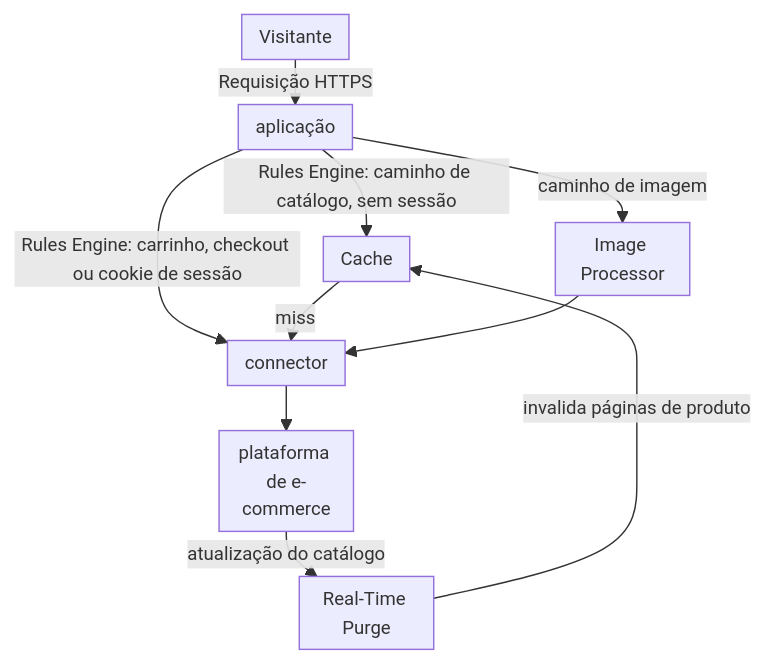
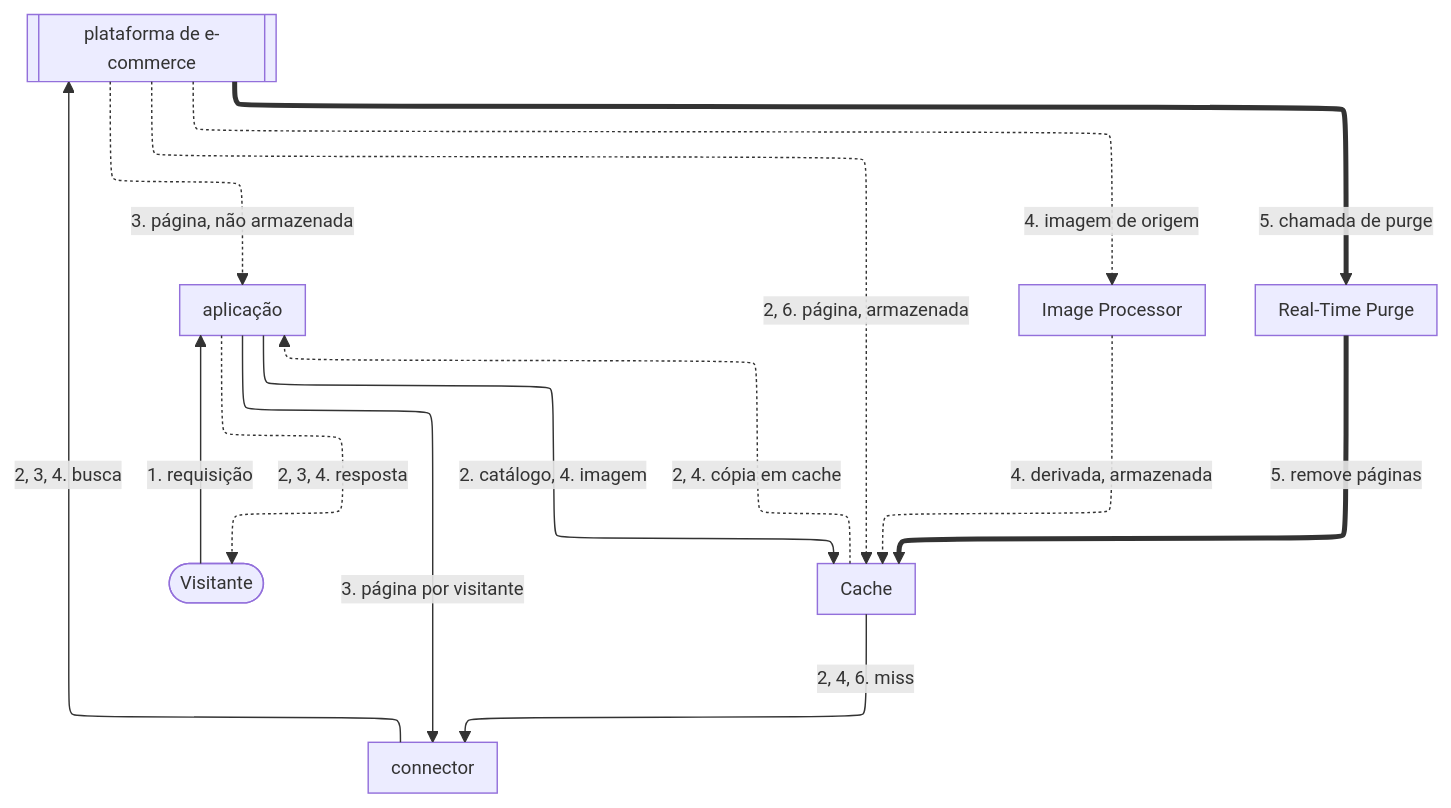
One commit to aziontech/docs changed the first of 3 diagrams in apps/docs/src/content/docs/pt-br/pages/casos-de-uso/construir-e-executar-aplicacoes/criar-vitrines-de-e-commerce.mdx. Above: the diagram before and after it, drawn with Mermaid. The commit also changed other lines of this file and 55 other files, not shown here.

Commit message:
docs(use-cases): redraw the use-case diagrams with the way back and check their claims (#2509)

````diff
--- a/apps/docs/src/content/docs/pt-br/pages/casos-de-uso/construir-e-executar-aplicacoes/criar-vitrines-de-e-commerce.mdx
+++ b/apps/docs/src/content/docs/pt-br/pages/casos-de-uso/construir-e-executar-aplicacoes/criar-vitrines-de-e-commerce.mdx
@@ -40,13 +42,24 @@
 ```mermaid
-%%{init: {"layout": "dagre", "themeVariables": {"fontSize": "13px"}, "flowchart": {"nodeSpacing": 12, "rankSpacing": 12, "padding": 6, "wrappingWidth": 70, "minNodeWidth": 40, "useMaxWidth": true}}}%%
+%%{init: {"layout": "elk", "themeVariables": {"fontSize": "13px"}, "flowchart": {"nodeSpacing": 24, "rankSpacing": 36, "padding": 8, "wrappingWidth": 150, "useMaxWidth": true}, "sequence": {"width": 120, "actorMargin": 30, "useMaxWidth": true}}}%%
 flowchart TD
-  Visitor["Visitante"] -->|"Requisição HTTPS"| App["aplicação"]
-  App -->|"Rules Engine: caminho de catálogo, sem sessão"| Cache["Cache"]
-  App -->|"Rules Engine: carrinho, checkout ou cookie de sessão"| Connector["connector"]
-  App -->|"caminho de imagem"| IP["Image Processor"]
-  Cache -->|"miss"| Connector
-  IP --> Connector
-  Connector --> Store["plataforma de e-commerce"]
-  Store -->|"atualização do catálogo"| Purge["Real-Time Purge"]
-  Purge -->|"invalida páginas de produto"| Cache
+  Visitor(["Visitante"])
+  App["aplicação"]
+  Cache["Cache"]
+  Conn["connector"]
+  Store[["plataforma de e-commerce"]]
+  IP["Image Processor"]
+  Purge["Real-Time Purge"]
+  Visitor -->|"1. requisição"| App
+  App -->|"2. catálogo, 4. imagem"| Cache
+  App -->|"3. página por visitante"| Conn
+  Cache -->|"2, 4, 6. miss"| Conn
+  Conn -->|"2, 3, 4. busca"| Store
+  Store -.->|"2, 6. página, armazenada"| Cache
+  Store -.->|"4. imagem de origem"| IP
+  IP -.->|"4. derivada, armazenada"| Cache
+  Store -.->|"3. página, não armazenada"| App
+  Cache -.->|"2, 4. cópia em cache"| App
+  App -.->|"2, 3, 4. resposta"| Visitor
+  Store ==>|"5. chamada de purge"| Purge
+  Purge ==>|"5. remove páginas"| Cache
 ```
````
